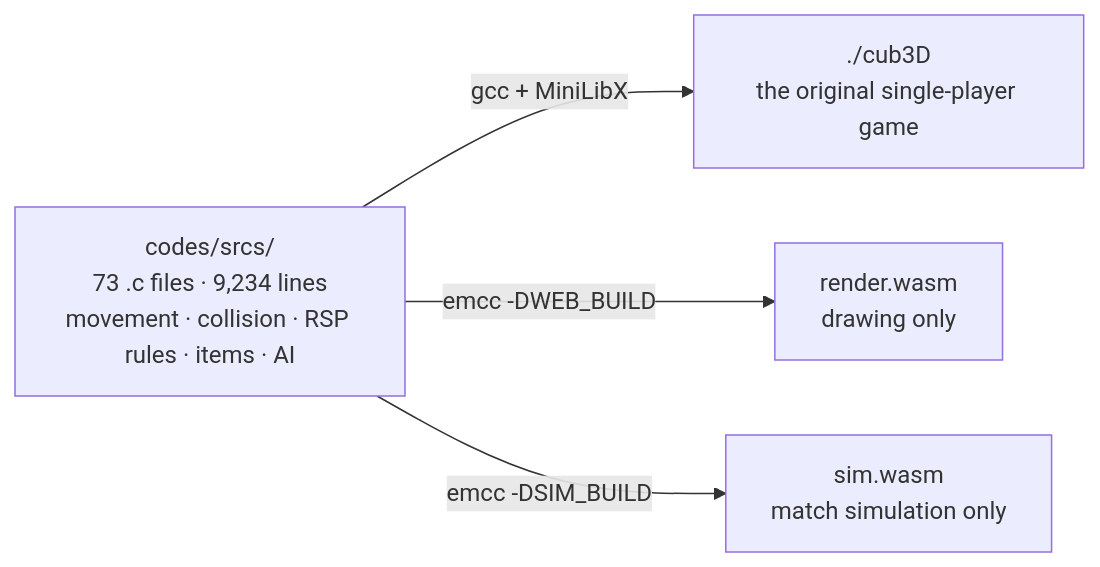
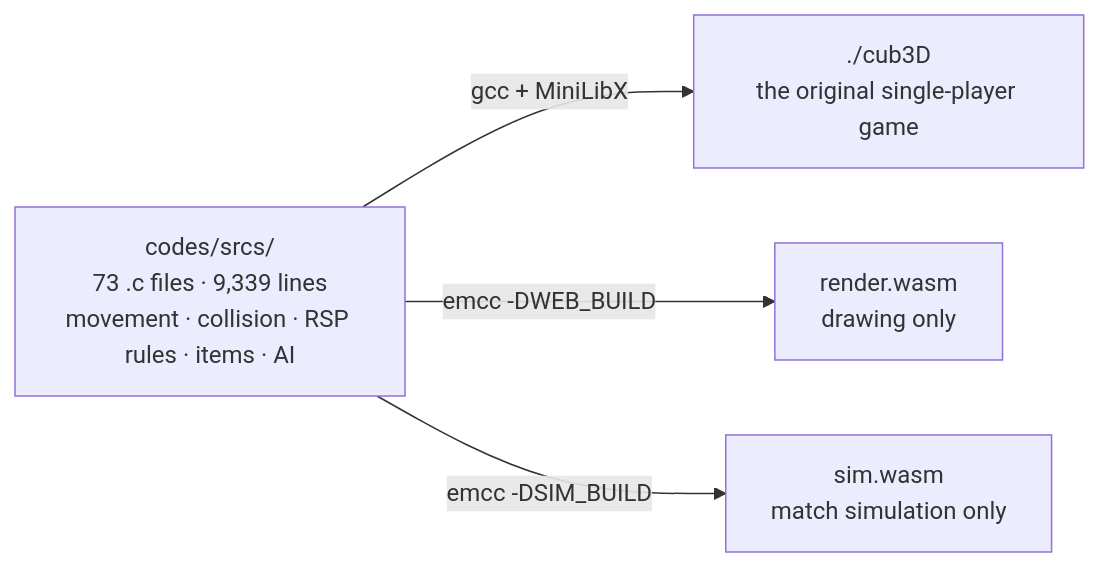
One commit to samatsum/ft_Transcendence changed the second of 3 diagrams in README.md. Above: the diagram before and after it, drawn with Mermaid. The commit also changed other lines of this file, not shown here.

````diff
--- a/README.md
+++ b/README.md
@@ -170,7 +209,7 @@
 ```mermaid
 flowchart LR
-    SRC["codes/srcs/<br/>73 .c files · 9,234 lines<br/>movement · collision · RSP rules · items · AI"]
+    SRC["codes/srcs/<br/>73 .c files · 9,339 lines<br/>movement · collision · RSP rules · items · AI"]
     SRC -->|"gcc + MiniLibX"| N["./cub3D<br/>the original single-player game"]
     SRC -->|"emcc -DWEB_BUILD"| W["render.wasm<br/>drawing only"]
     SRC -->|"emcc -DSIM_BUILD"| S["sim.wasm<br/>match simulation only"]
 ```
````
